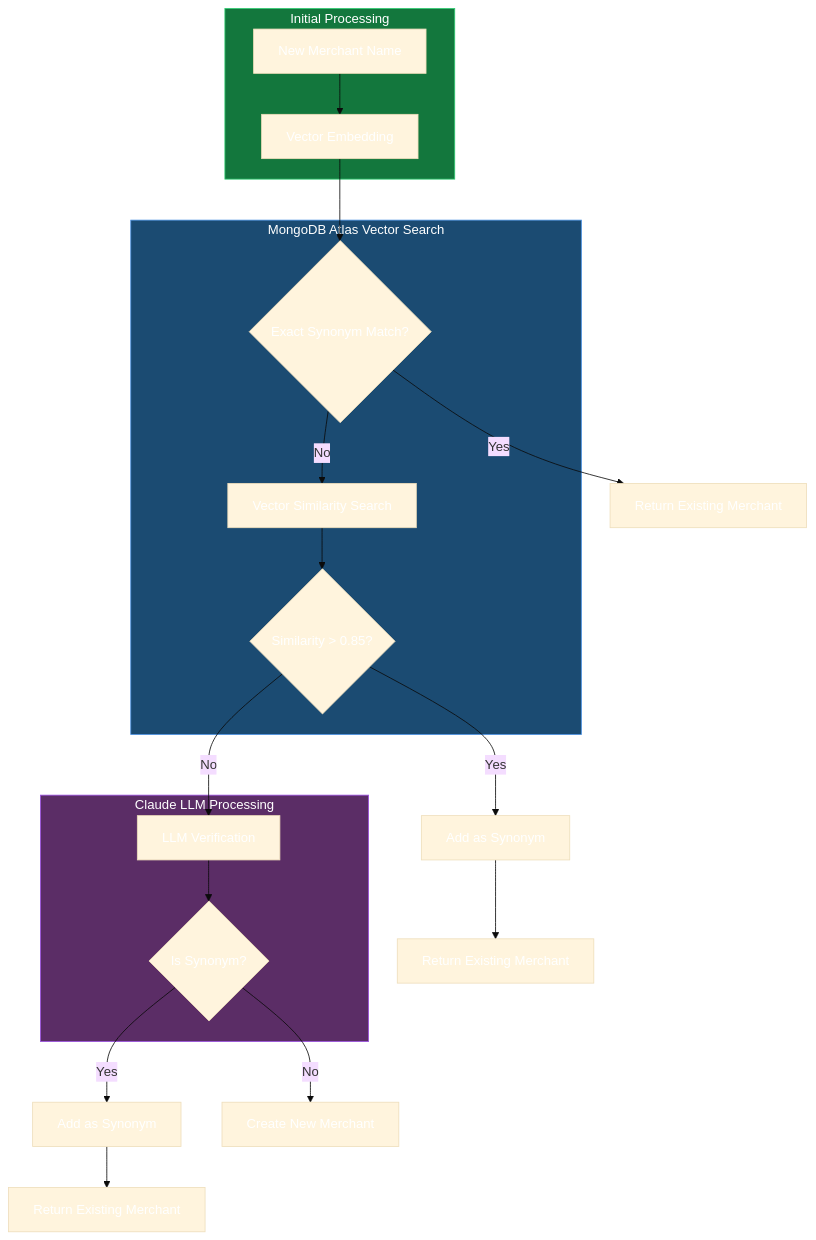
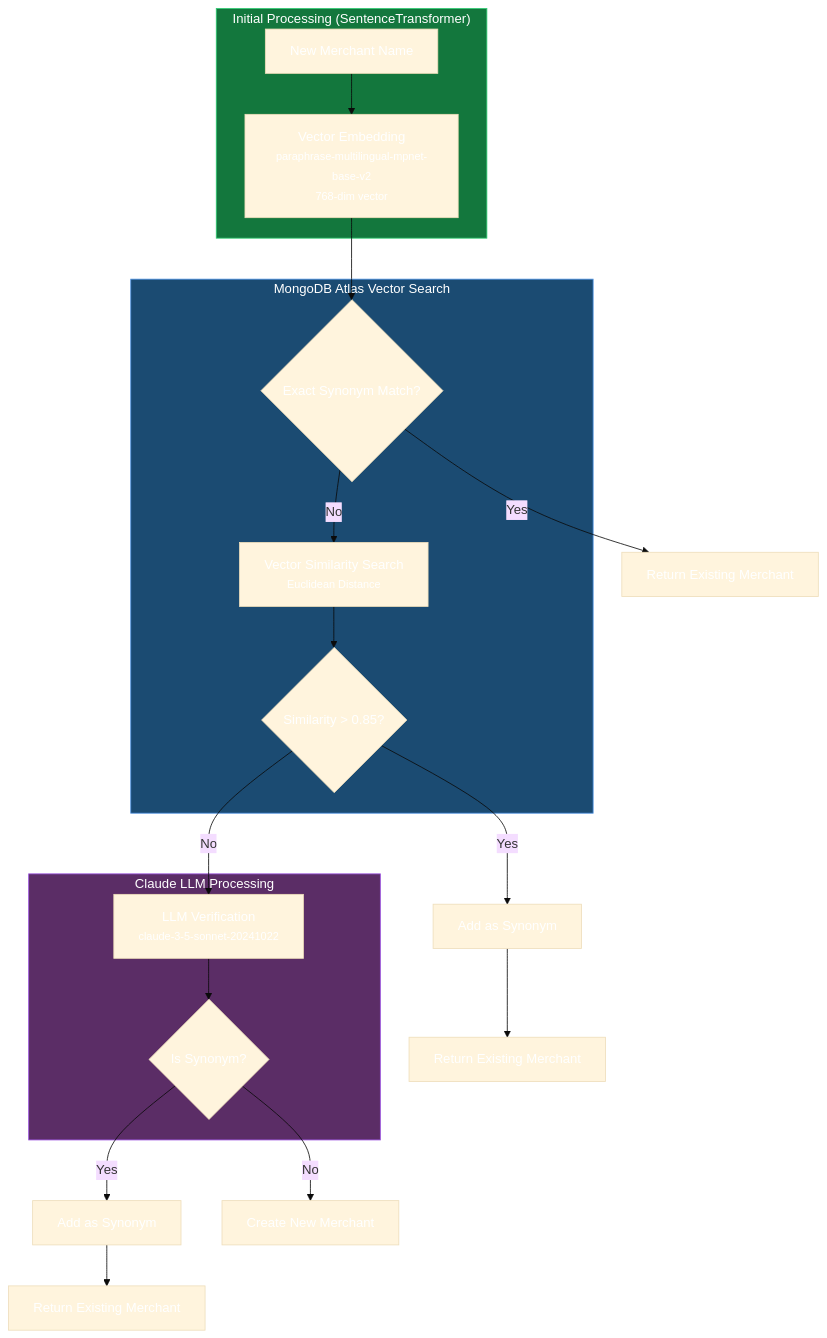
The diagram in streamlit/invoice_processor/README.md (tzehon/genai-examples), drawn with Mermaid (base theme) before and after one commit.

Commit message:
Update mermaid

````diff
--- a/streamlit/invoice_processor/README.md
+++ b/streamlit/invoice_processor/README.md
@@ -95,35 +95,35 @@
 ```mermaid
 graph TD
-    subgraph InitialProcessing["Initial Processing"]
-        A[New Merchant Name] --> B[Vector Embedding]
-    end
+   subgraph InitialProcessing["Initial Processing (SentenceTransformer)"]
+       A[New Merchant Name] --> B["Vector Embedding<br><small>paraphrase-multilingual-mpnet-base-v2<br>768-dim vector</small>"]
+   end
 
-    subgraph VectorSearch["MongoDB Atlas Vector Search"]
-        B --> C{Exact Synonym Match?}
-        C -->|No| E[Vector Similarity Search]
-        E --> F{Similarity > 0.85?}
-    end
+   subgraph VectorSearch["MongoDB Atlas Vector Search"]
+       B --> C{Exact Synonym Match?}
+       C -->|No| E["Vector Similarity Search<br><small>Euclidean Distance</small>"]
+       E --> F{Similarity > 0.85?}
+   end
 
-    C -->|Yes| D[Return Existing Merchant]
+   C -->|Yes| D[Return Existing Merchant]
 
-    F -->|Yes| G[Add as Synonym]
-    G --> H[Return Existing Merchant]
+   F -->|Yes| G[Add as Synonym]
+   G --> H[Return Existing Merchant]
 
-    subgraph LLMProcessing["Claude LLM Processing"]
-        F -->|No| I[LLM Verification]
-        I --> J{Is Synonym?}
-    end
+   subgraph LLMProcessing["Claude LLM Processing"]
+       F -->|No| I["LLM Verification<br><small>claude-3-5-sonnet-20241022</small>"]
+       I --> J{Is Synonym?}
+   end
 
-    J -->|Yes| K[Add as Synonym]
-    K --> L[Return Existing Merchant]
-    J -->|No| M[Create New Merchant]
+   J -->|Yes| K[Add as Synonym]
+   K --> L[Return Existing Merchant]
+   J -->|No| M[Create New Merchant]
 
-    classDef initial fill:#13773D,stroke:#2ecc71,color:#fff
-    classDef vector fill:#1B4B72,stroke:#4a90e2,color:#fff
-    classDef llm fill:#5B2D66,stroke:#9b51e0,color:#fff
-    classDef default color:#fff
+   classDef initial fill:#13773D,stroke:#2ecc71,color:#fff
+   classDef vector fill:#1B4B72,stroke:#4a90e2,color:#fff
+   classDef llm fill:#5B2D66,stroke:#9b51e0,color:#fff
+   classDef default color:#fff
 
-    class InitialProcessing initial
-    class VectorSearch vector
-    class LLMProcessing llm
+   class InitialProcessing initial
+   class VectorSearch vector
+   class LLMProcessing llm
 ```
````
